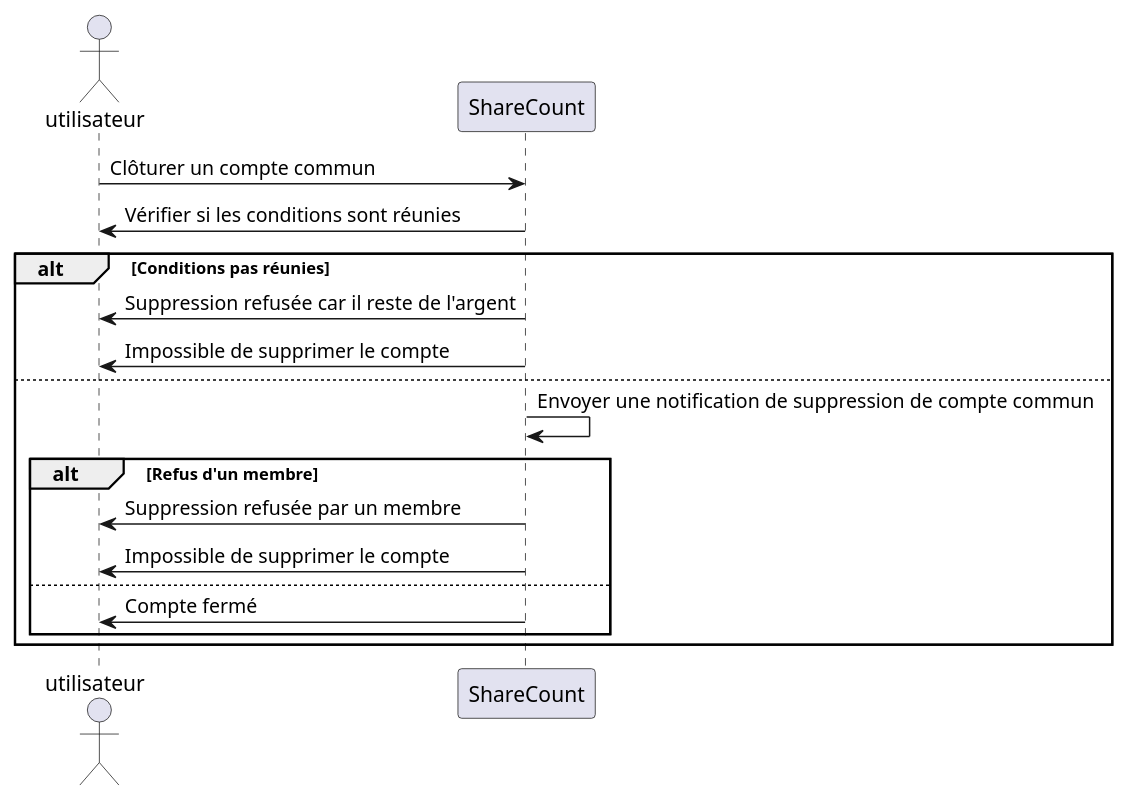
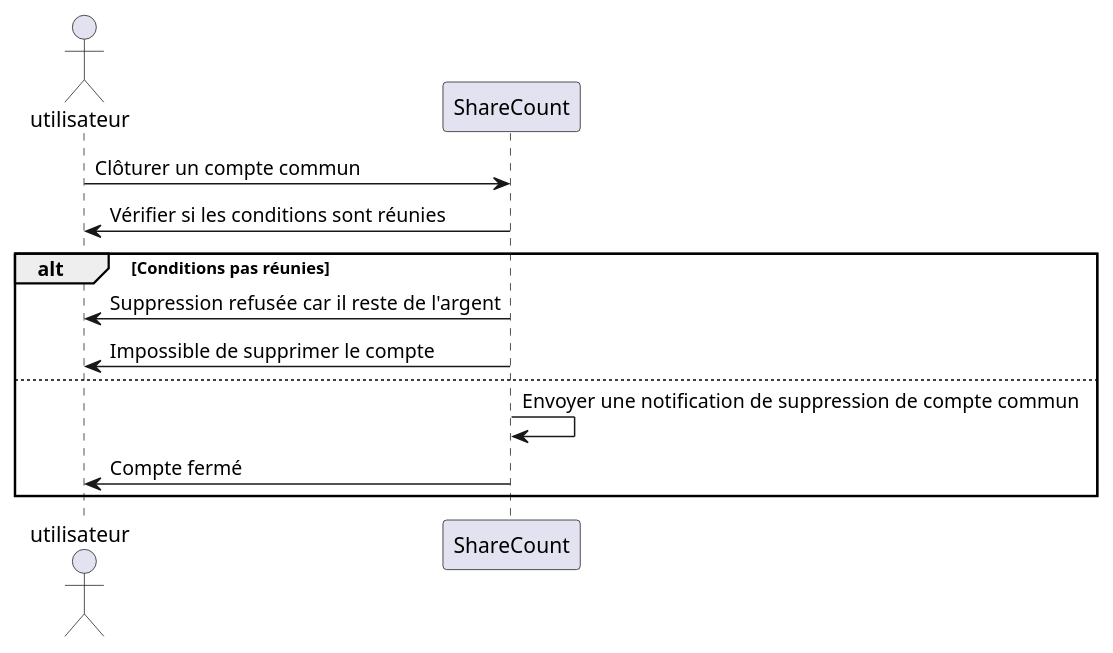
The diagram in diagrammes/specification/sequence/Clôturer-un-compte-commun.puml (lmtb06/sharecount), drawn with PlantUML before and after one commit. The commit also changed 4 other files, not shown here.

Commit message:
Modification de certains diagrammes

```diff
--- a/diagrammes/specification/sequence/Clôturer-un-compte-commun.puml
+++ b/diagrammes/specification/sequence/Clôturer-un-compte-commun.puml
@@ -1,27 +1,19 @@
 @startuml  Clôturer un compte commun
 
 actor utilisateur as u
 participant ShareCount as sc
 
 u -> sc : Clôturer un compte commun 
 sc -> u : Vérifier si les conditions sont réunies
 
 alt Conditions pas réunies
 sc -> u : Suppression refusée car il reste de l'argent
 sc -> u : Impossible de supprimer le compte
 else
 
 sc -> sc : Envoyer une notification de suppression de compte commun
-
-alt Refus d'un membre
-sc -> u : Suppression refusée par un membre
-sc -> u : Impossible de supprimer le compte
-else
-
 sc -> u : Compte fermé
 
 end
 
-end
-
 @enduml
```
